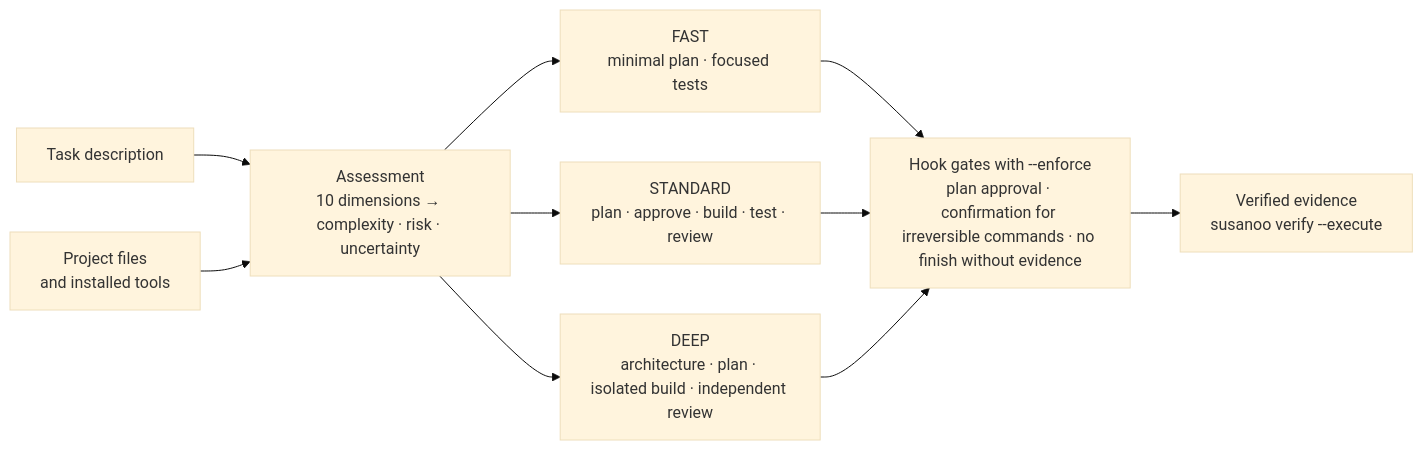
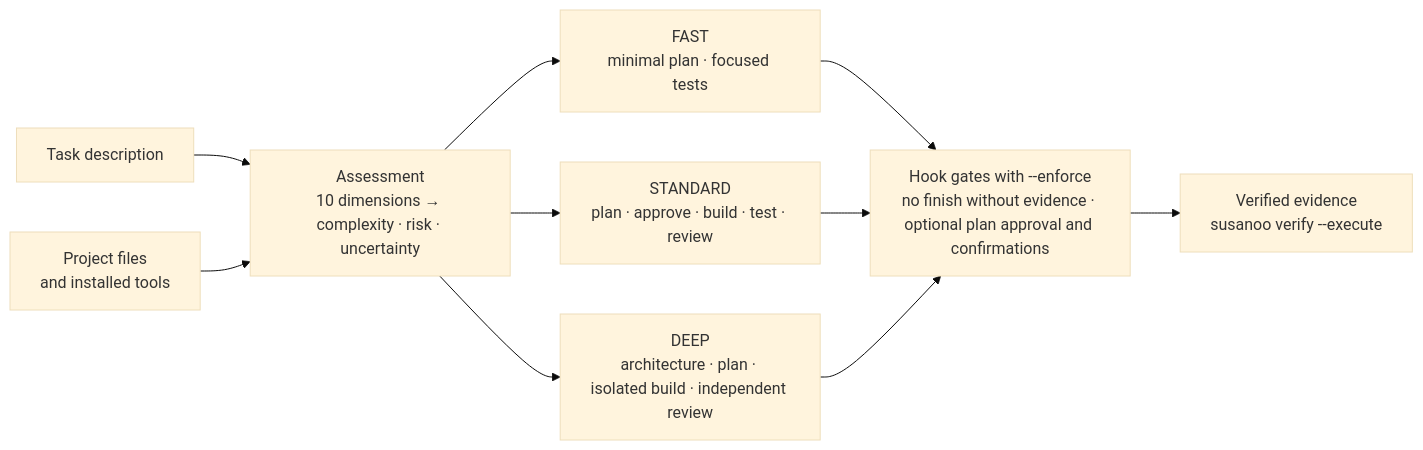
One commit to Breadstick-Crumbs/devroute changed the diagram in README.md. Above: the diagram before and after it, drawn with Mermaid (base theme). The commit also changed other lines of this file and 39 other files, not shown here.

````diff
--- a/README.md
+++ b/README.md
@@ -100,12 +100,12 @@
 ```mermaid
 flowchart LR
     T["Task description"] --> A["Assessment<br/>10 dimensions → complexity · risk · uncertainty"]
     P["Project files<br/>and installed tools"] --> A
     A --> F["FAST<br/>minimal plan · focused tests"]
     A --> S["STANDARD<br/>plan · approve · build · test · review"]
     A --> D["DEEP<br/>architecture · plan · isolated build · independent review"]
-    F --> G["Hook gates with --enforce<br/>plan approval · confirmation for irreversible commands · no finish without evidence"]
+    F --> G["Hook gates with --enforce<br/>no finish without evidence · optional plan approval and confirmations"]
     S --> G
     D --> G
     G --> E["Verified evidence<br/>susanoo verify --execute"]
 ```
````
